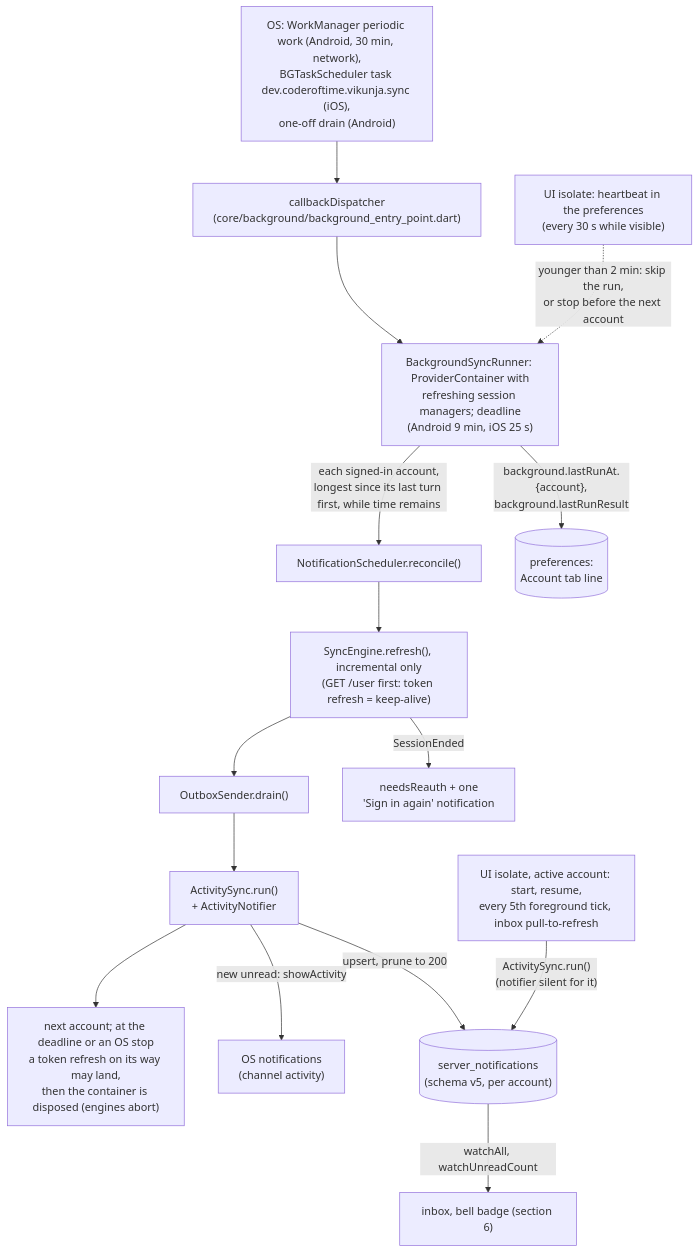
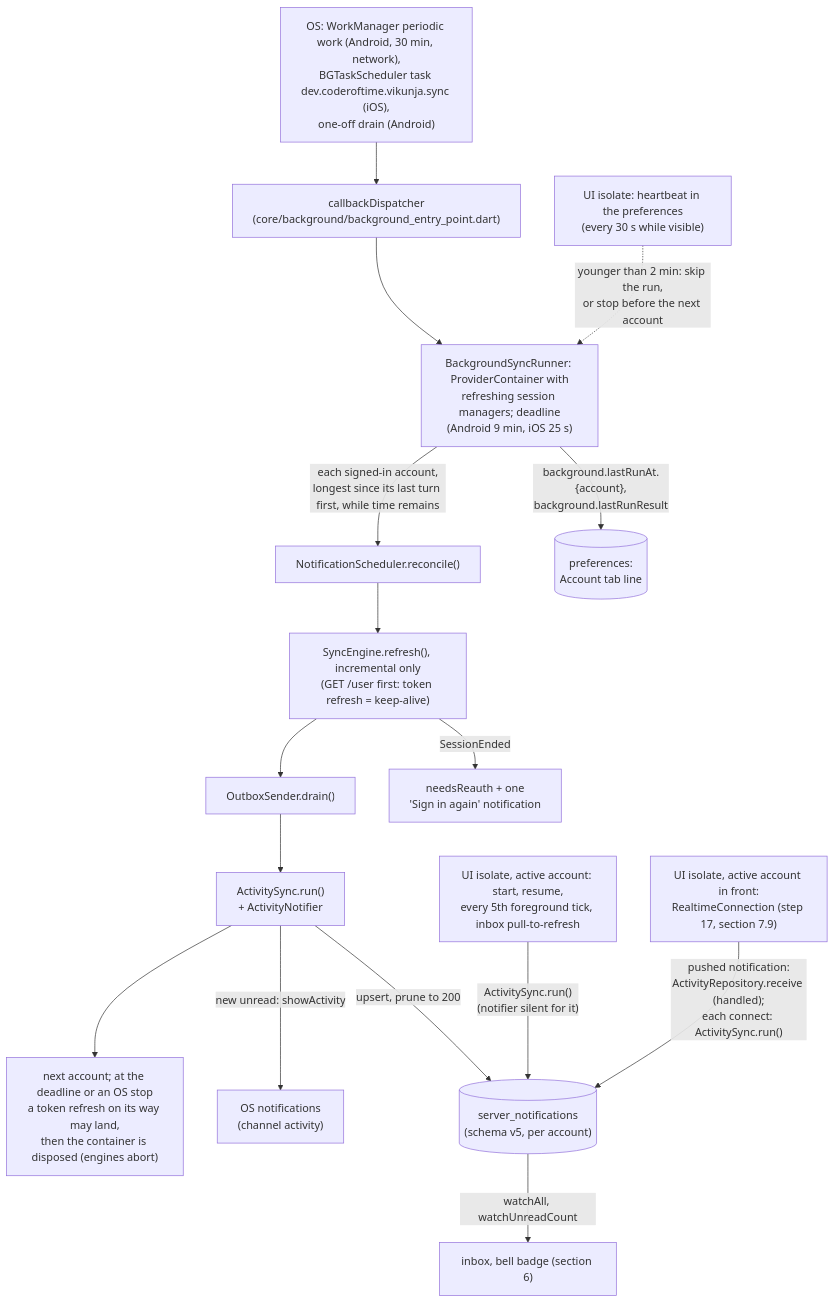
Diagram 11 of 12 in docs/architecture.md (coderoftime/vikunja-app-ci-test), drawn with Mermaid before and after one commit. The commit also changed other lines of this file and 39 other files, not shown here.

````diff
--- a/docs/architecture.md
+++ b/docs/architecture.md
@@ -832,17 +843,18 @@
 ```mermaid
 flowchart TD
   OSJOB["OS: WorkManager periodic work (Android, 30 min, network),<br/>BGTaskScheduler task dev.coderoftime.vikunja.sync (iOS),<br/>one-off drain (Android)"] --> CB["callbackDispatcher<br/>(core/background/background_entry_point.dart)"]
   CB --> RUN["BackgroundSyncRunner: ProviderContainer with<br/>refreshing session managers; deadline<br/>(Android 9 min, iOS 25 s)"]
   HB["UI isolate: heartbeat in the preferences<br/>(every 30 s while visible)"] -.->|"younger than 2 min: skip the run,<br/>or stop before the next account"| RUN
   RUN -- "each signed-in account,<br/>longest since its last turn first, while time remains" --> REC["NotificationScheduler.reconcile()"]
   REC --> REF["SyncEngine.refresh(), incremental only<br/>(GET /user first: token refresh = keep-alive)"]
   REF --> DRAIN["OutboxSender.drain()"]
   DRAIN --> ACT["ActivitySync.run()<br/>+ ActivityNotifier"]
   ACT --> NEXT["next account; at the deadline or an OS stop<br/>a token refresh on its way may land,<br/>then the container is disposed (engines abort)"]
   REF -- "SessionEnded" --> REAUTH["needsReauth + one<br/>'Sign in again' notification"]
   ACT -- "new unread: showActivity" --> OSN["OS notifications<br/>(channel activity)"]
   ACT -- "upsert, prune to 200" --> DB[("server_notifications<br/>(schema v5, per account)")]
   FG["UI isolate, active account: start, resume,<br/>every 5th foreground tick, inbox pull-to-refresh"] -- "ActivitySync.run()<br/>(notifier silent for it)" --> DB
+  RT["UI isolate, active account in front:<br/>RealtimeConnection (step 17, section 7.9)"] -- "pushed notification:<br/>ActivityRepository.receive (handled);<br/>each connect: ActivitySync.run()" --> DB
   DB -- "watchAll, watchUnreadCount" --> INBOX["inbox, bell badge (section 6)"]
   RUN -- "background.lastRunAt.{account},<br/>background.lastRunResult" --> PREFS[("preferences:<br/>Account tab line")]
 ```
````
